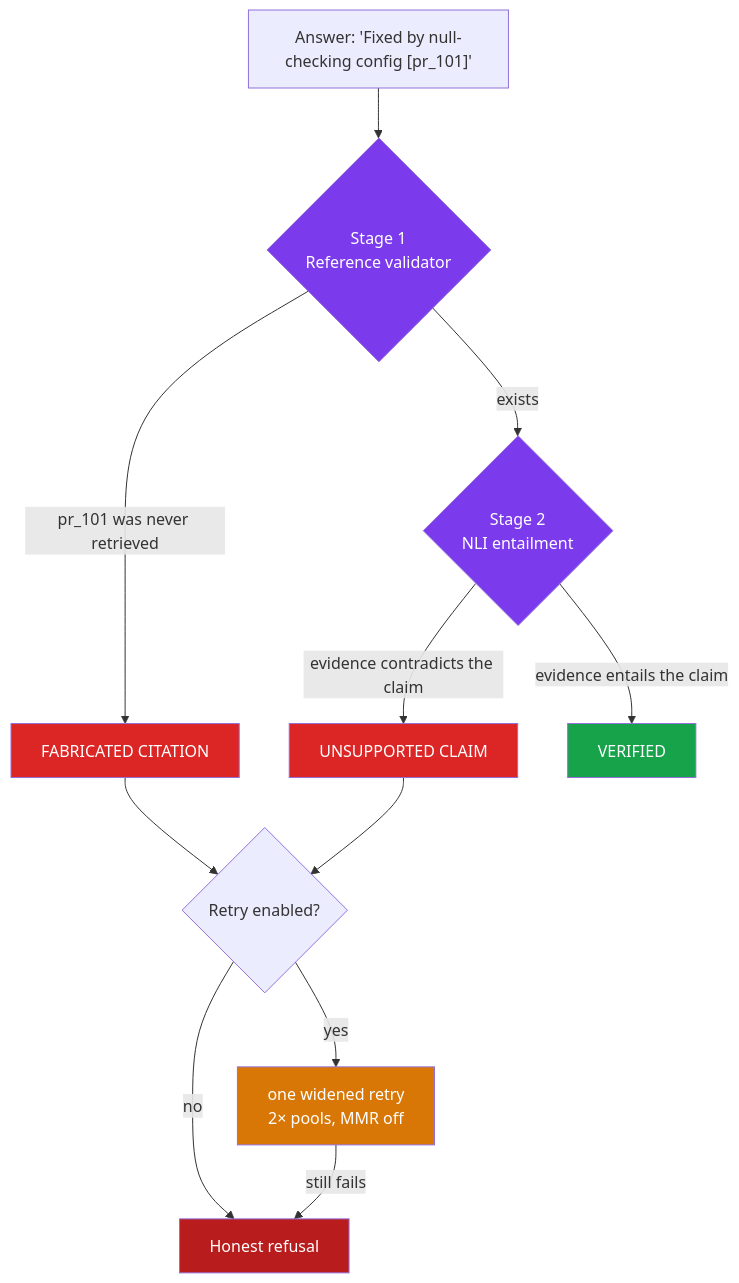
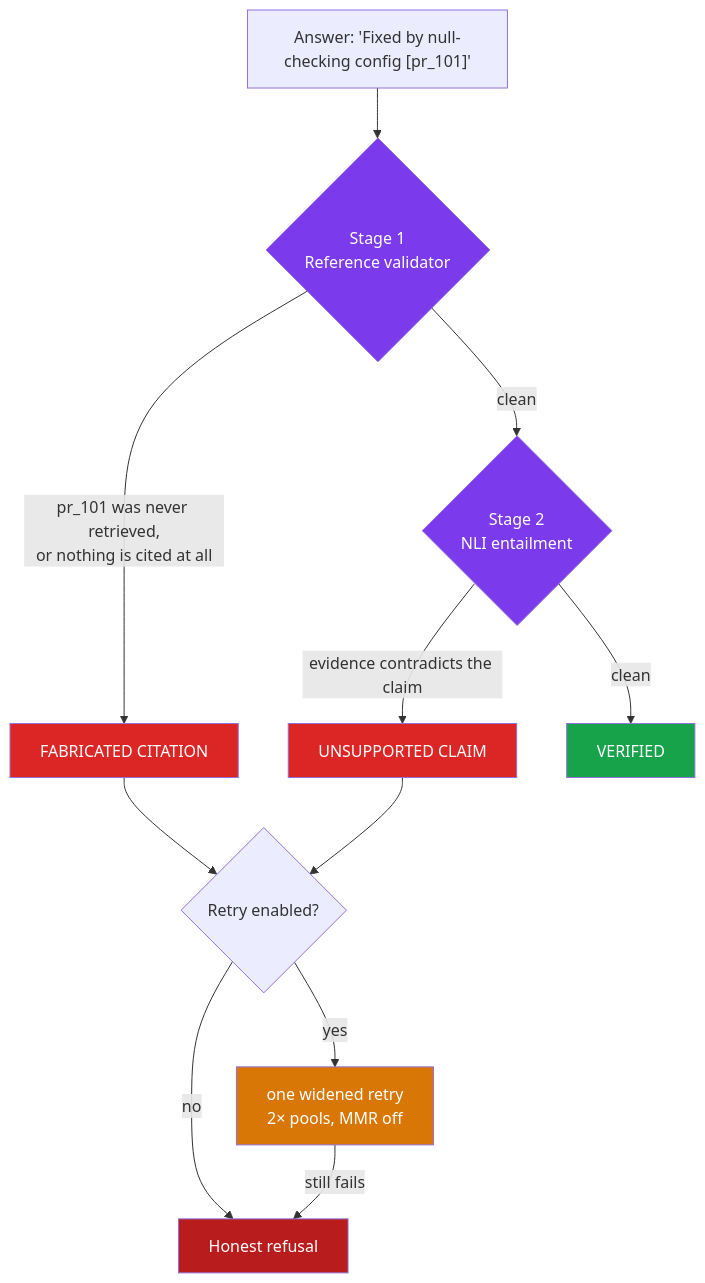
One commit to sairamsrujan/RepoMind changed the second of 2 diagrams in README.md. Above: the diagram before and after it, drawn with Mermaid. The commit also changed other lines of this file and 6 other files, not shown here.

````diff
--- a/README.md
+++ b/README.md
@@ -139,22 +139,22 @@
 ```mermaid
 flowchart TB
     A["Answer: 'Fixed by null-checking config [pr_101]'"] --> B{"Stage 1<br/>Reference validator"}
-    B -->|"pr_101 was never retrieved"| F1["FABRICATED CITATION"]
-    B -->|exists| C{"Stage 2<br/>NLI entailment"}
+    B -->|"pr_101 was never retrieved,<br/>or nothing is cited at all"| F1["FABRICATED CITATION"]
+    B -->|clean| C{"Stage 2<br/>NLI entailment"}
     C -->|"evidence contradicts the claim"| F2["UNSUPPORTED CLAIM"]
-    C -->|"evidence entails the claim"| OK["VERIFIED"]
+    C -->|clean| OK["VERIFIED"]
 
     F1 --> R{"Retry enabled?"}
     F2 --> R
     R -->|yes| RT["one widened retry<br/>2× pools, MMR off"]
     R -->|no| REF["Honest refusal"]
     RT -->|still fails| REF
 
     style B fill:#7c3aed,color:#fff
     style C fill:#7c3aed,color:#fff
     style OK fill:#16a34a,color:#fff
     style F1 fill:#dc2626,color:#fff
     style F2 fill:#dc2626,color:#fff
     style REF fill:#b91c1c,color:#fff
     style RT fill:#d97706,color:#fff
 ```
````
